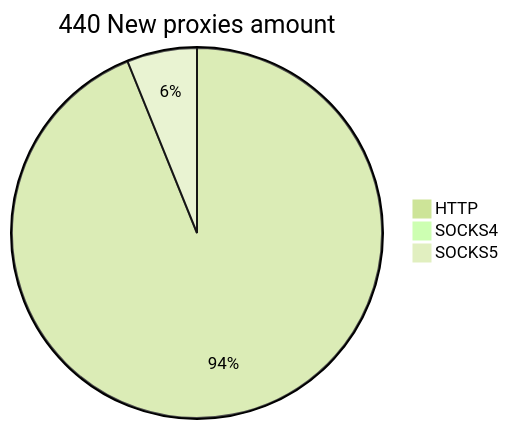
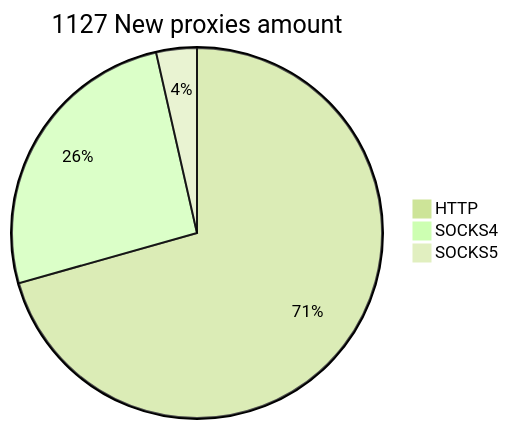
One commit to cutipu/proxylist changed the second of 2 diagrams in README.md. Above: the diagram before and after it, drawn with Mermaid (forest theme). The commit also changed other lines of this file, not shown here.

````diff
--- a/README.md
+++ b/README.md
@@ -10,6 +10,6 @@
 ```mermaid
-pie title 440 New proxies amount
-    "HTTP" : 445
-    "SOCKS4" : 0
-    "SOCKS5" : 29
+pie title 1127 New proxies amount
+    "HTTP" : 796
+    "SOCKS4" : 291
+    "SOCKS5" : 40
 ```
````
